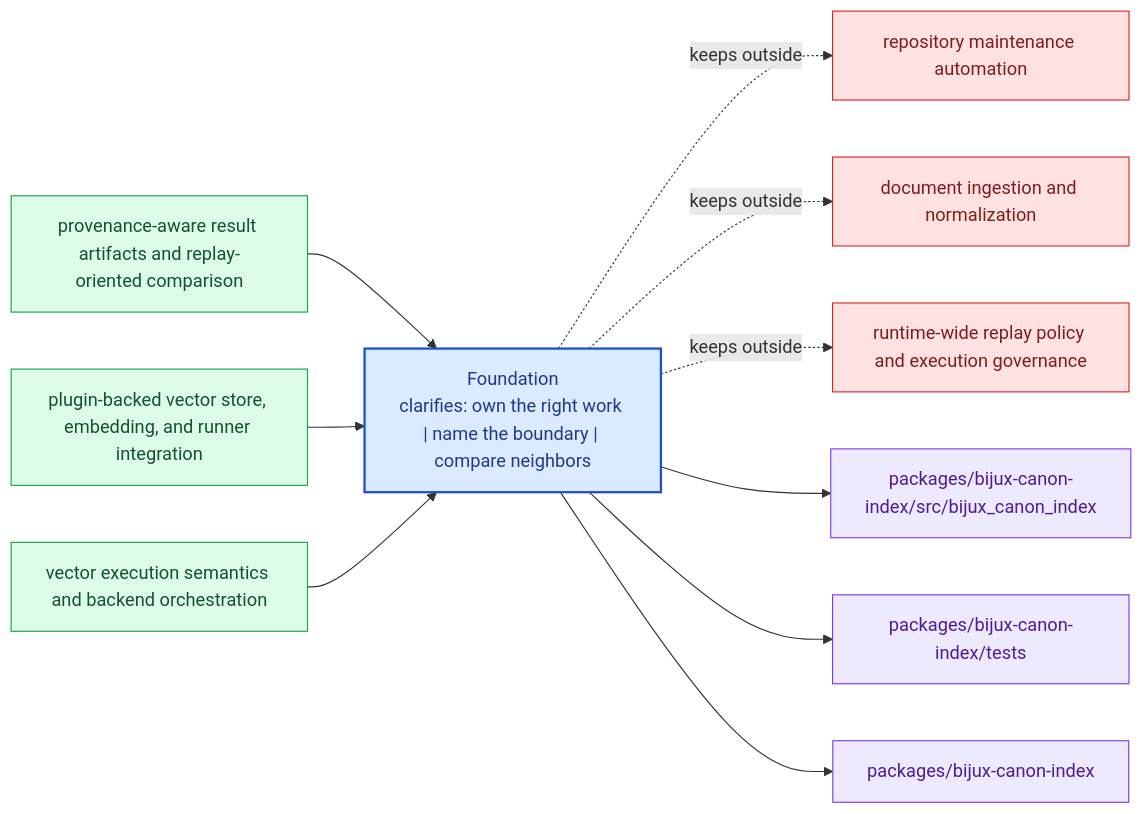
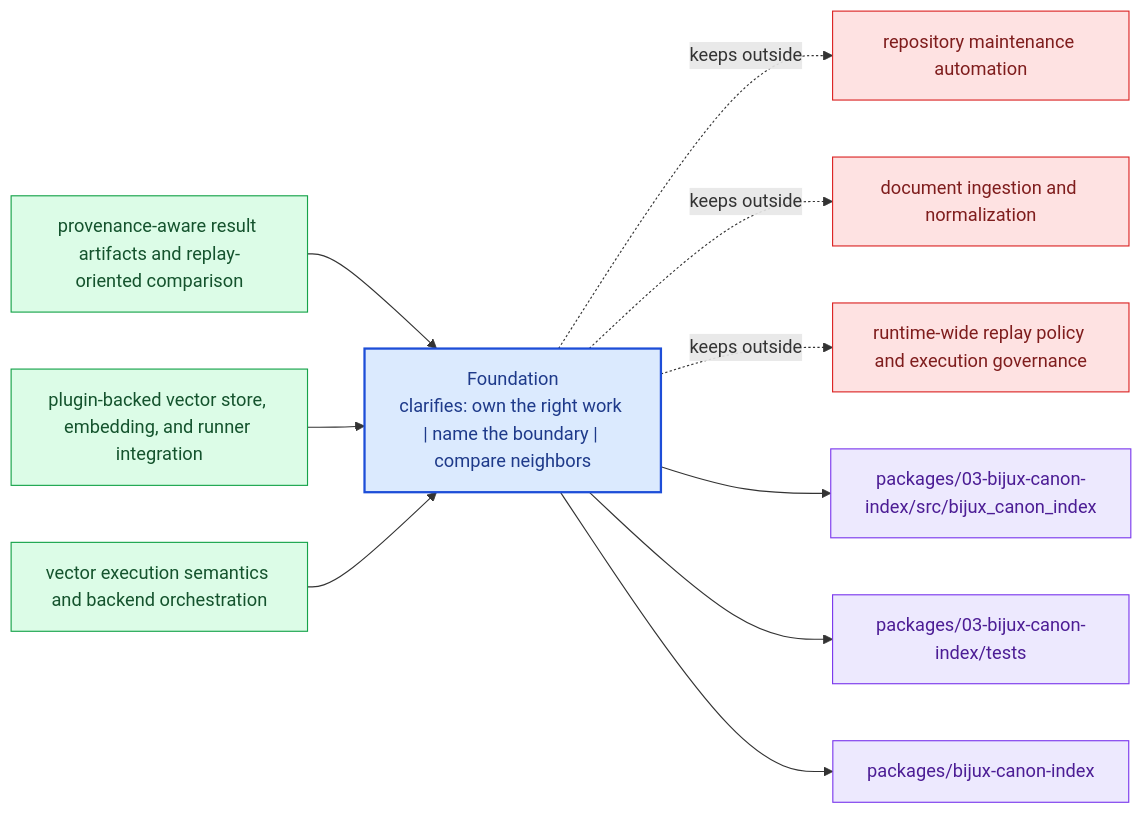
The diagram in docs/03-bijux-canon-index/foundation/index.md (bijux/bijux-canon), drawn with Mermaid before and after one commit. The commit also changed other lines of this file and 167 other files, not shown here.

````diff
--- a/docs/03-bijux-canon-index/foundation/index.md
+++ b/docs/03-bijux-canon-index/foundation/index.md
@@ -20,31 +20,31 @@
 ```mermaid
 flowchart LR
     page["Foundation<br/>clarifies: own the right work | name the boundary | compare neighbors"]
     classDef page fill:#dbeafe,stroke:#1d4ed8,color:#1e3a8a,stroke-width:2px;
     classDef positive fill:#dcfce7,stroke:#16a34a,color:#14532d;
     classDef caution fill:#fee2e2,stroke:#dc2626,color:#7f1d1d;
     classDef anchor fill:#ede9fe,stroke:#7c3aed,color:#4c1d95;
     classDef action fill:#fef3c7,stroke:#d97706,color:#7c2d12;
     own1["provenance-aware result artifacts and replay-oriented comparison"]
     own1 --> page
     own2["plugin-backed vector store, embedding, and runner integration"]
     own2 --> page
     own3["vector execution semantics and backend orchestration"]
     own3 --> page
     limit1["repository maintenance automation"]
     page -.keeps outside.-> limit1
     limit2["document ingestion and normalization"]
     page -.keeps outside.-> limit2
     limit3["runtime-wide replay policy and execution governance"]
     page -.keeps outside.-> limit3
-    anchor1["packages/bijux-canon-index/src/bijux_canon_index"]
+    anchor1["packages/03-bijux-canon-index/src/bijux_canon_index"]
     page --> anchor1
-    anchor2["packages/bijux-canon-index/tests"]
+    anchor2["packages/03-bijux-canon-index/tests"]
     page --> anchor2
     anchor3["packages/bijux-canon-index"]
     page --> anchor3
     class page page;
     class own1,own2,own3 positive;
     class limit1,limit2,limit3 caution;
     class anchor1,anchor2,anchor3 anchor;
 ```
````
